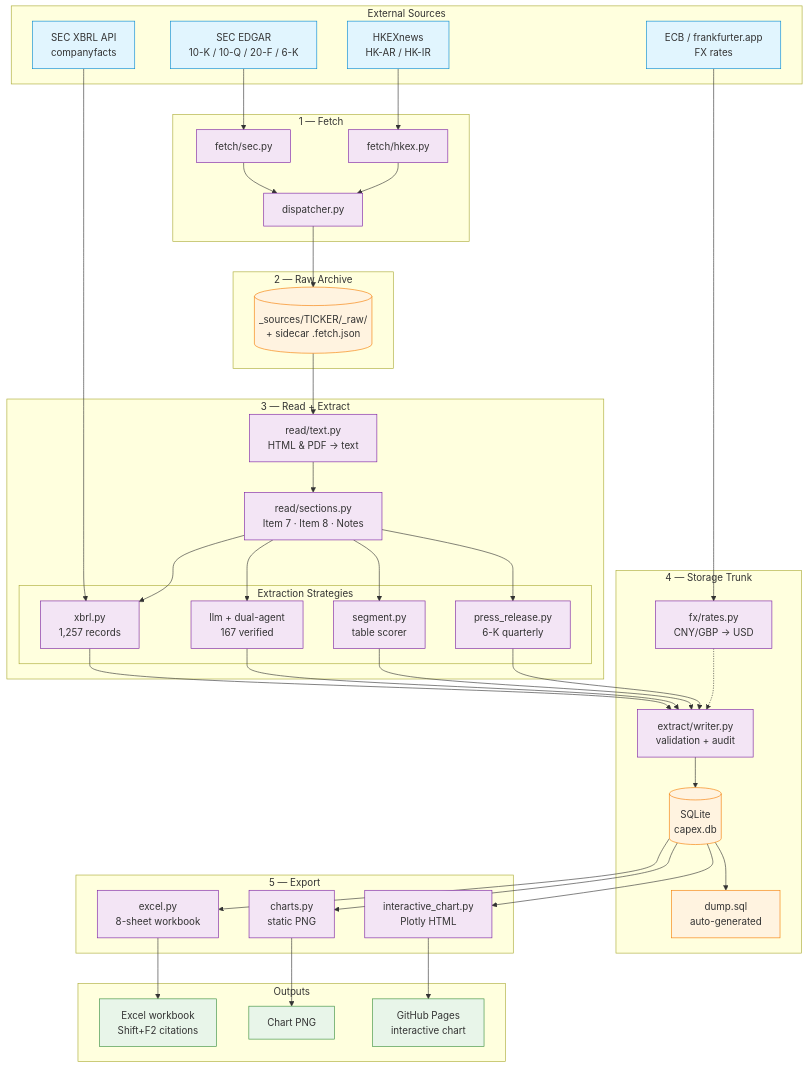
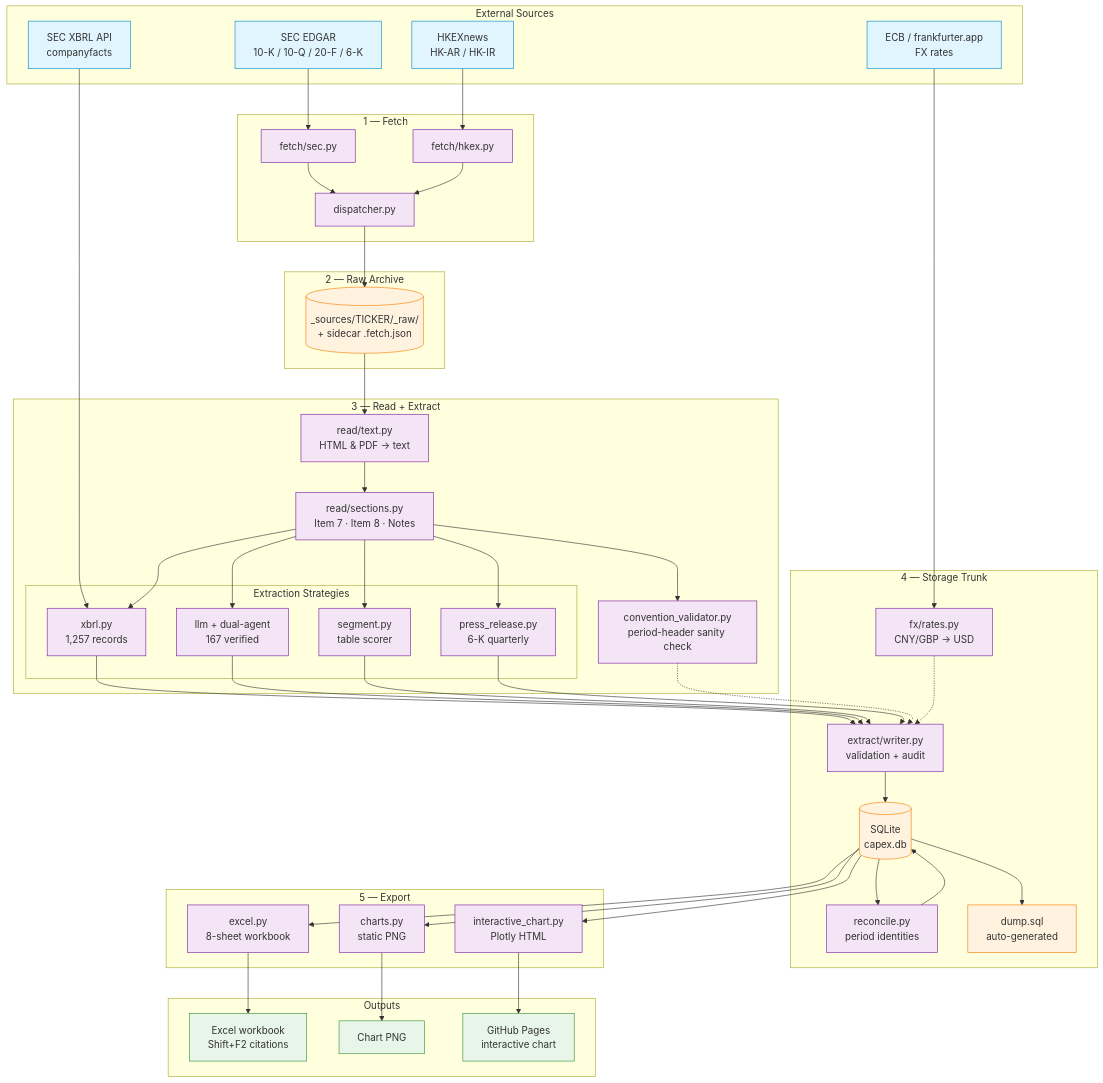
One commit to KKKKKKAI/neocloud-capex-tracker changed the diagram in README.md. Above: the diagram before and after it, drawn with Mermaid. The commit also changed other lines of this file and 19 other files, not shown here.

````diff
--- a/README.md
+++ b/README.md
@@ -45,6 +45,7 @@
     subgraph L4["3 — Read + Extract"]
         TEXT["read/text.py\nHTML & PDF → text"]
         SECT["read/sections.py\nItem 7 · Item 8 · Notes"]
+        CVAL["convention_validator.py\nperiod-header sanity check"]
 
         subgraph Extractors["Extraction Strategies"]
             EX_XBRL["xbrl.py\n1,257 records"]
@@ -57,6 +58,7 @@
     subgraph L3["4 — Storage Trunk"]
         FXR["fx/rates.py\nCNY/GBP → USD"]
         WRITER["extract/writer.py\nvalidation + audit"]
+        RECONCILE["reconcile.py\nperiod identities"]
         DB[("SQLite\ncapex.db")]
         DUMP["dump.sql\nauto-generated"]
     end
@@ -87,8 +89,11 @@
     EX_LLM --> WRITER
     EX_SEG --> WRITER
     EX_6K --> WRITER
+    SECT --> CVAL
+    CVAL -.-> WRITER
     FXR -.-> WRITER
     WRITER --> DB
+    DB --> RECONCILE --> DB
     DB --> DUMP
     DB --> EXCEL --> XLSX
     DB --> CHART --> PNG
@@ -101,6 +106,6 @@
 
     class SEC,HKEX,XBRL,ECB source
     class RAW,DB,DUMP store
-    class SECF,HKEXF,DISP,TEXT,SECT,EX_XBRL,EX_LLM,EX_SEG,EX_6K,FXR,WRITER,EXCEL,CHART,ICHART process
+    class SECF,HKEXF,DISP,TEXT,SECT,CVAL,EX_XBRL,EX_LLM,EX_SEG,EX_6K,FXR,WRITER,RECONCILE,EXCEL,CHART,ICHART process
     class XLSX,PNG,GHPAGES output
 ```
````
